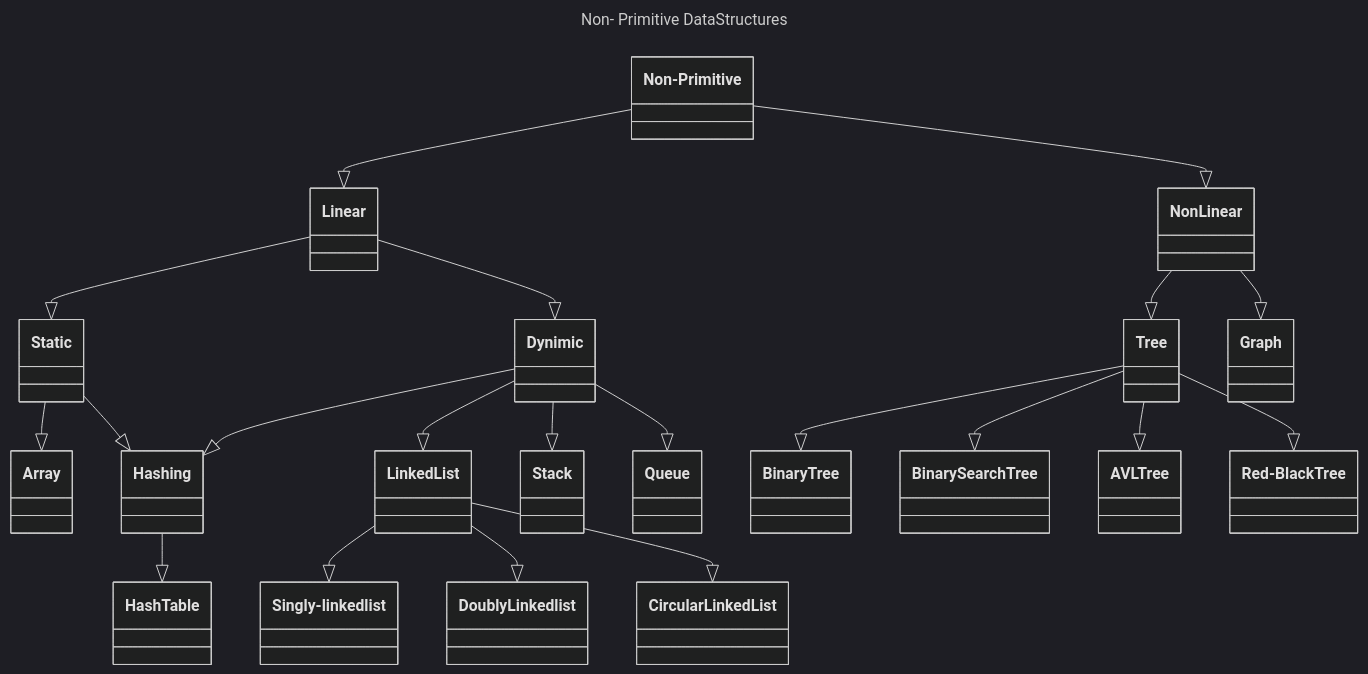
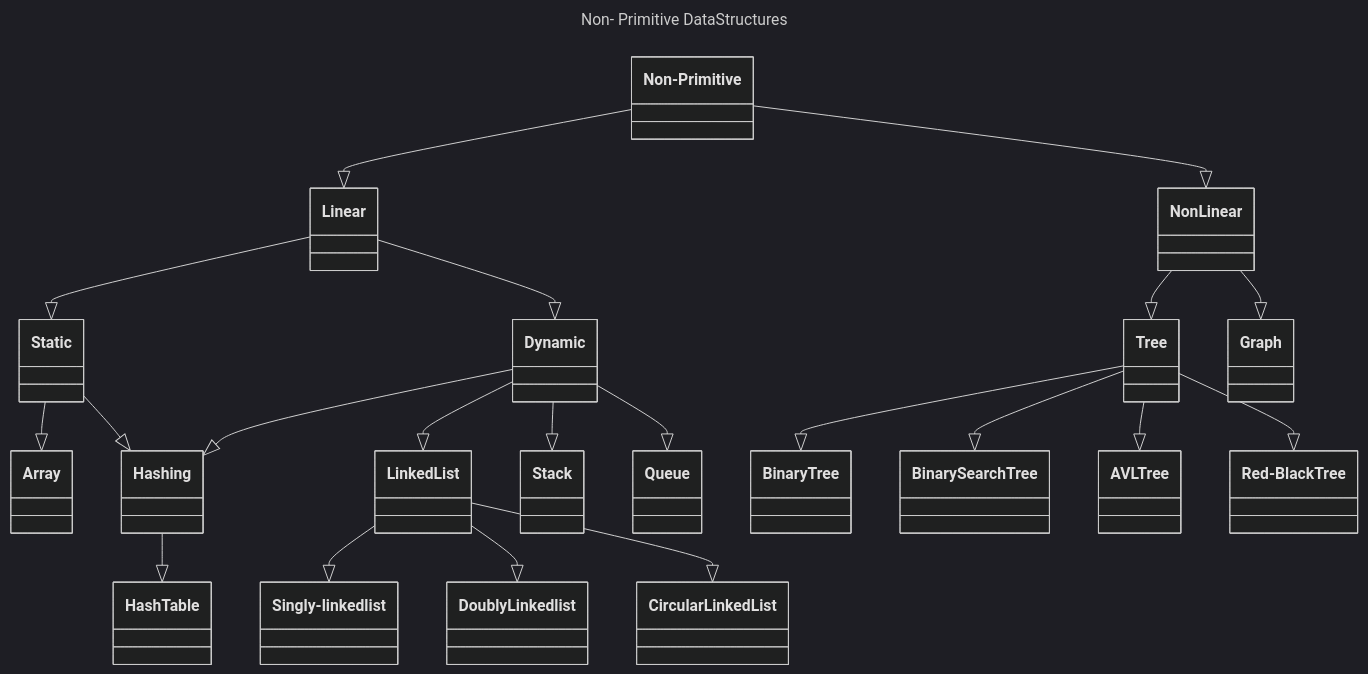
The third of 9 diagrams in javaBasics/reedme.md (akonakanchi/javaBootCamp), drawn with Mermaid (dark theme) before and after one commit. The commit also changed other lines of this file and 16 other files, not shown here.

````diff
--- a/javaBasics/reedme.md
+++ b/javaBasics/reedme.md
@@ -152,34 +152,36 @@
 ```mermaid
 ---
 title: Non- Primitive DataStructures
 ---
 classDiagram
     class Non-Primitive
     Non-Primitive --|> Linear
     Non-Primitive --|> NonLinear
     class Linear
     Linear --|> Static
-    Linear --|> Dynimic
+
+    Linear --|> Dynamic
     class Static
     Static --|> Array
     Static --|> Hashing
-    class Dynimic
-    Dynimic --|> LinkedList
-    Dynimic --|> Stack
-    Dynimic --|> Queue
-    Dynimic --|> Hashing
+    class Dynamic
+    Dynamic --|> LinkedList
+    Dynamic --|> Stack
+    Dynamic --|> Queue
+    Dynamic --|> Hashing
+
     class LinkedList
     LinkedList --|> Singly-linked list
     LinkedList --|> Doubly Linked list
     LinkedList --|> Circular Linked List
     class Hashing
     Hashing --|> HashTable
     class NonLinear
     NonLinear --|> Tree
     NonLinear --|> Graph
     class Tree
     Tree --|> BinaryTree
     Tree --|> BinarySearchTree
     Tree --|> AVL Tree
     Tree --|> Red-Black Tree
 ``` 
````
